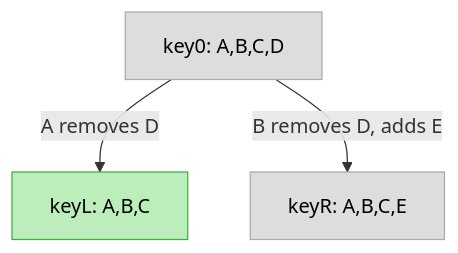
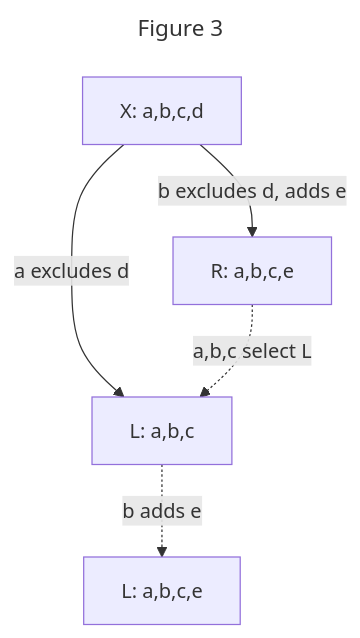
One commit to ssbc/ssb-group-exclusion-spec changed the third of 8 diagrams in README.md. Above: the diagram before and after it, drawn with Mermaid. The commit also changed other lines of this file, not shown here.

````diff
--- a/README.md
+++ b/README.md
@@ -229,10 +220,11 @@
 ```mermaid
+---
+title: Figure 3
+---
 graph TB;
-  zero[key0: A,B,C,D]
-  zero--"A removes D"-->L[keyL: A,B,C]
-  zero--"B removes D, adds E"-->R[keyR: A,B,C,E]
-  class L winner;
-
-classDef default fill:#ddd,stroke:#aaa,color:#000;
-classDef winner fill:#beb,stroke:#4a4,color:#000;
+  zero[X: a,b,c,d]
+  zero--"a excludes d"-->L[L: a,b,c]
+  zero--"b excludes d, adds e"-->R[R: a,b,c,e]
+  R-. a,b,c select L .->L
+  L-. b adds e .->L2[L: a,b,c,e]
 ```
````
